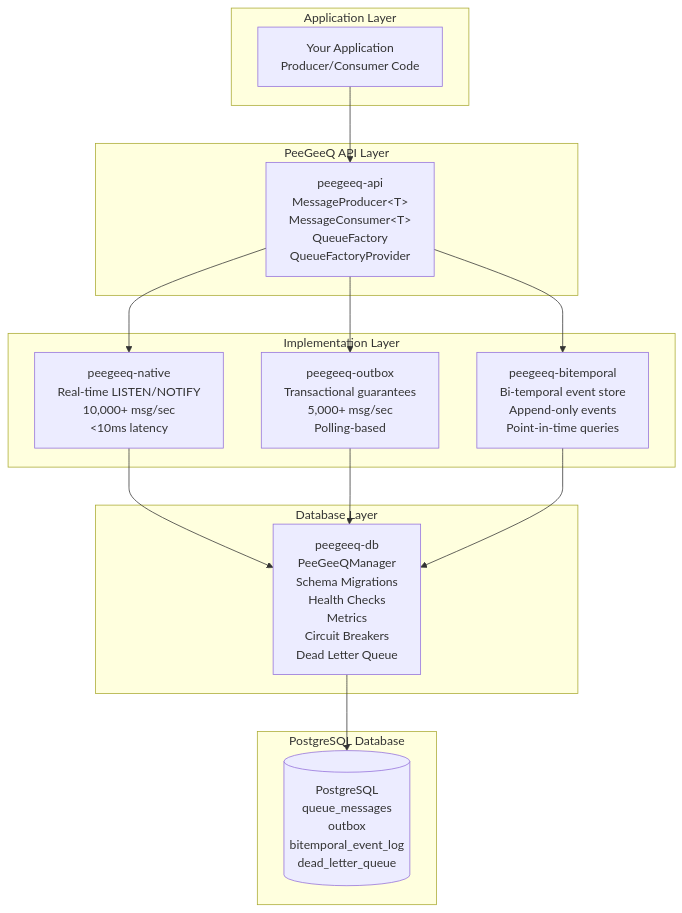
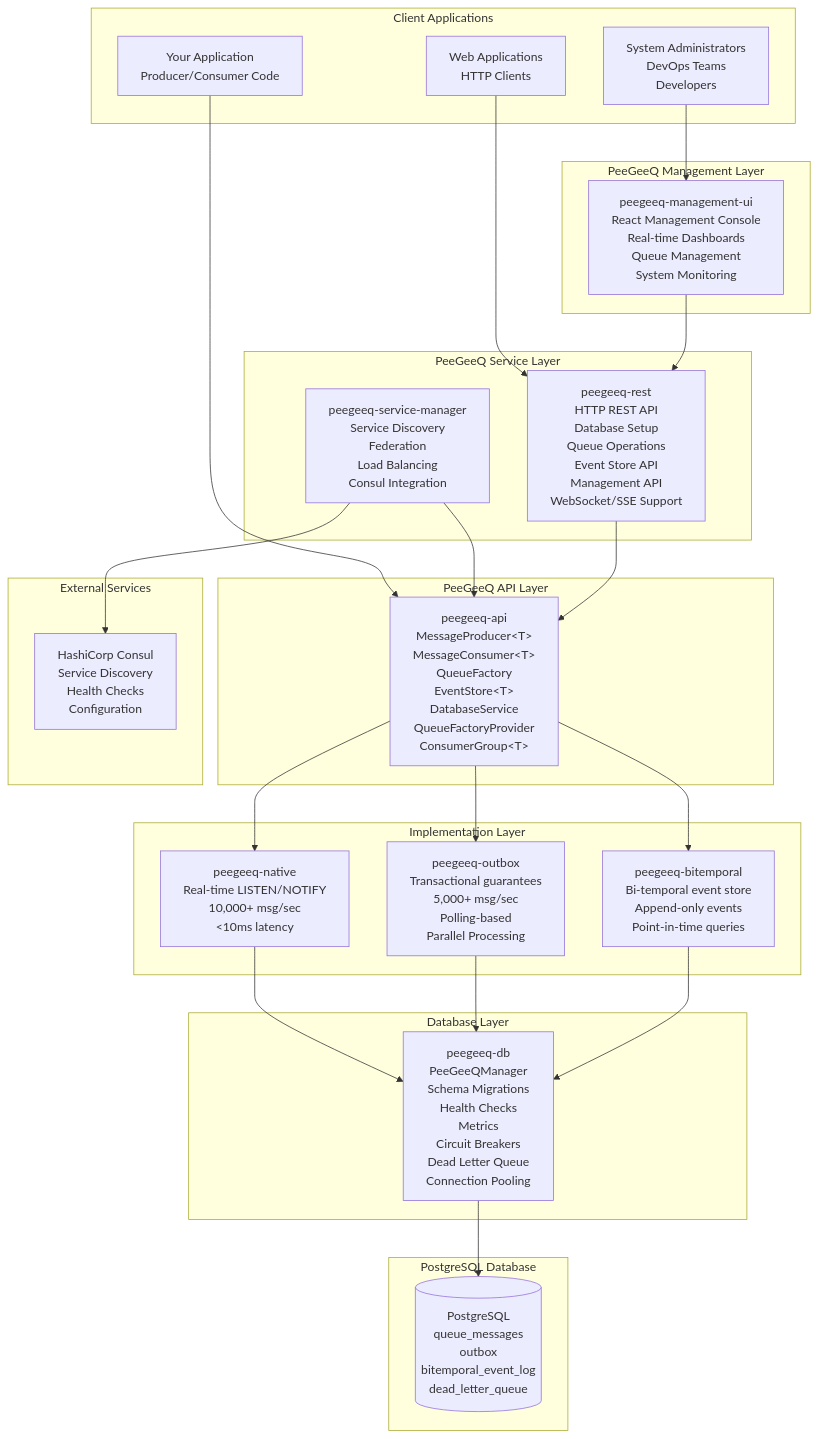
The eighth of 19 diagrams in docs/PeeGeeQ-Complete-Guide.md (mraysmit/peegeeq), drawn with Mermaid before and after one commit. The commit also changed other lines of this file and 27 other files, not shown here.

Commit message:
Enhance outbox pattern tests: add integration tests for basic functionality, error handling, and parallel processing capabilities, including message sending, receiving, and retry mechanisms.

````diff
--- a/docs/PeeGeeQ-Complete-Guide.md
+++ b/docs/PeeGeeQ-Complete-Guide.md
@@ -379,33 +381,57 @@
 ```mermaid
 graph TB
-    subgraph "Application Layer"
+    subgraph "Client Applications"
         APP[Your Application<br/>Producer/Consumer Code]
+        WEB[Web Applications<br/>HTTP Clients]
+        ADMIN[System Administrators<br/>DevOps Teams<br/>Developers]
+    end
+
+    subgraph "PeeGeeQ Management Layer"
+        UI[peegeeq-management-ui<br/>React Management Console<br/>Real-time Dashboards<br/>Queue Management<br/>System Monitoring]
+    end
+
+    subgraph "PeeGeeQ Service Layer"
+        SM[peegeeq-service-manager<br/>Service Discovery<br/>Federation<br/>Load Balancing<br/>Consul Integration]
+        REST[peegeeq-rest<br/>HTTP REST API<br/>Database Setup<br/>Queue Operations<br/>Event Store API<br/>Management API<br/>WebSocket/SSE Support]
     end
 
     subgraph "PeeGeeQ API Layer"
-        API[peegeeq-api<br/>MessageProducer&lt;T&gt;<br/>MessageConsumer&lt;T&gt;<br/>QueueFactory<br/>QueueFactoryProvider]
+        API[peegeeq-api<br/>MessageProducer&lt;T&gt;<br/>MessageConsumer&lt;T&gt;<br/>QueueFactory<br/>EventStore&lt;T&gt;<br/>DatabaseService<br/>QueueFactoryProvider<br/>ConsumerGroup&lt;T&gt;]
     end
 
     subgraph "Implementation Layer"
         NATIVE[peegeeq-native<br/>Real-time LISTEN/NOTIFY<br/>10,000+ msg/sec<br/>&lt;10ms latency]
-        OUTBOX[peegeeq-outbox<br/>Transactional guarantees<br/>5,000+ msg/sec<br/>Polling-based]
+        OUTBOX[peegeeq-outbox<br/>Transactional guarantees<br/>5,000+ msg/sec<br/>Polling-based<br/>Parallel Processing]
         BITEMPORAL[peegeeq-bitemporal<br/>Bi-temporal event store<br/>Append-only events<br/>Point-in-time queries]
     end
 
     subgraph "Database Layer"
-        DB[peegeeq-db<br/>PeeGeeQManager<br/>Schema Migrations<br/>Health Checks<br/>Metrics<br/>Circuit Breakers<br/>Dead Letter Queue]
+        DB[peegeeq-db<br/>PeeGeeQManager<br/>Schema Migrations<br/>Health Checks<br/>Metrics<br/>Circuit Breakers<br/>Dead Letter Queue<br/>Connection Pooling]
+    end
+
+    subgraph "External Services"
+        CONSUL[HashiCorp Consul<br/>Service Discovery<br/>Health Checks<br/>Configuration]
     end
 
     subgraph "PostgreSQL Database"
         POSTGRES[(PostgreSQL<br/>queue_messages<br/>outbox<br/>bitemporal_event_log<br/>dead_letter_queue)]
     end
 
     APP --> API
+    WEB --> REST
+    ADMIN --> UI
+
+    UI --> REST
+    SM --> CONSUL
+    SM --> API
+    REST --> API
+
     API --> NATIVE
     API --> OUTBOX
     API --> BITEMPORAL
+
     NATIVE --> DB
     OUTBOX --> DB
     BITEMPORAL --> DB
     DB --> POSTGRES
 ```
````
